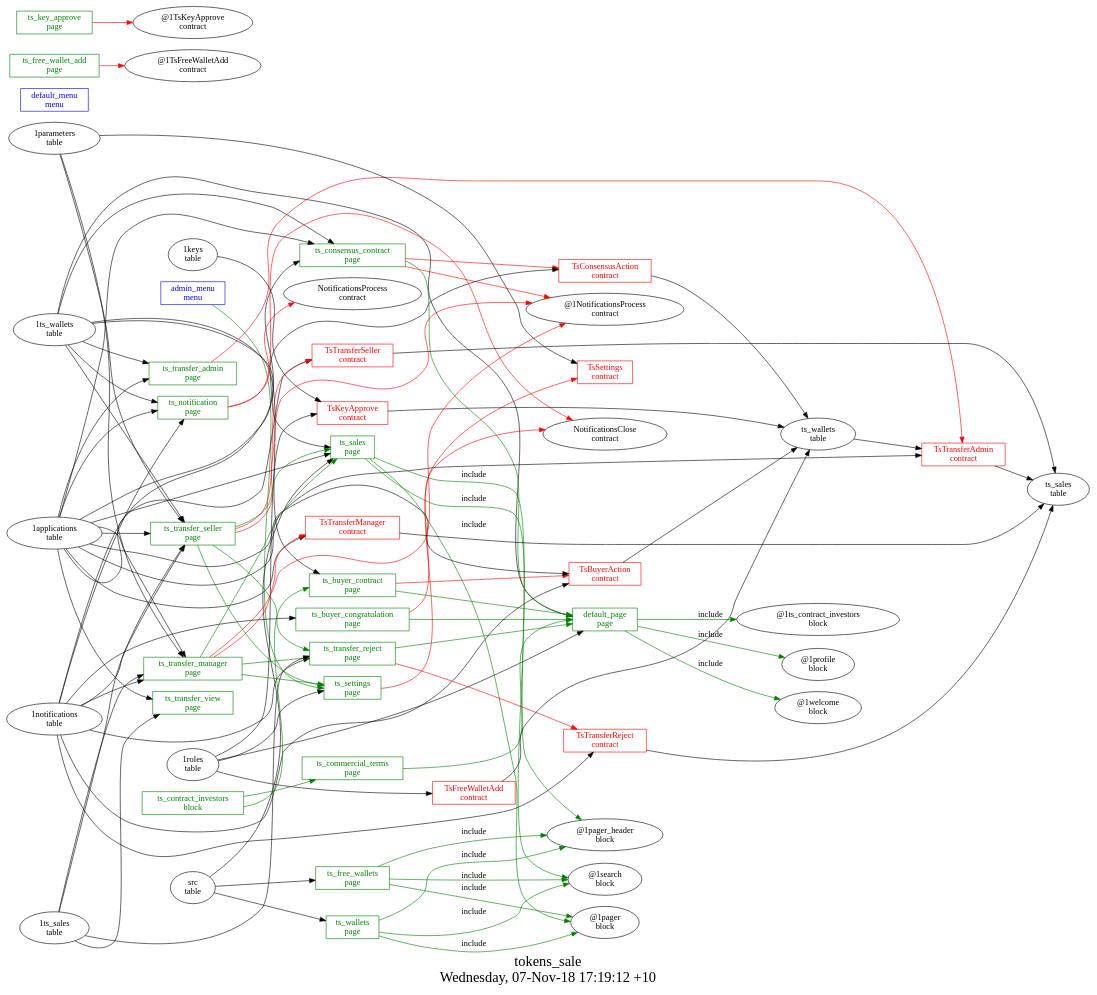
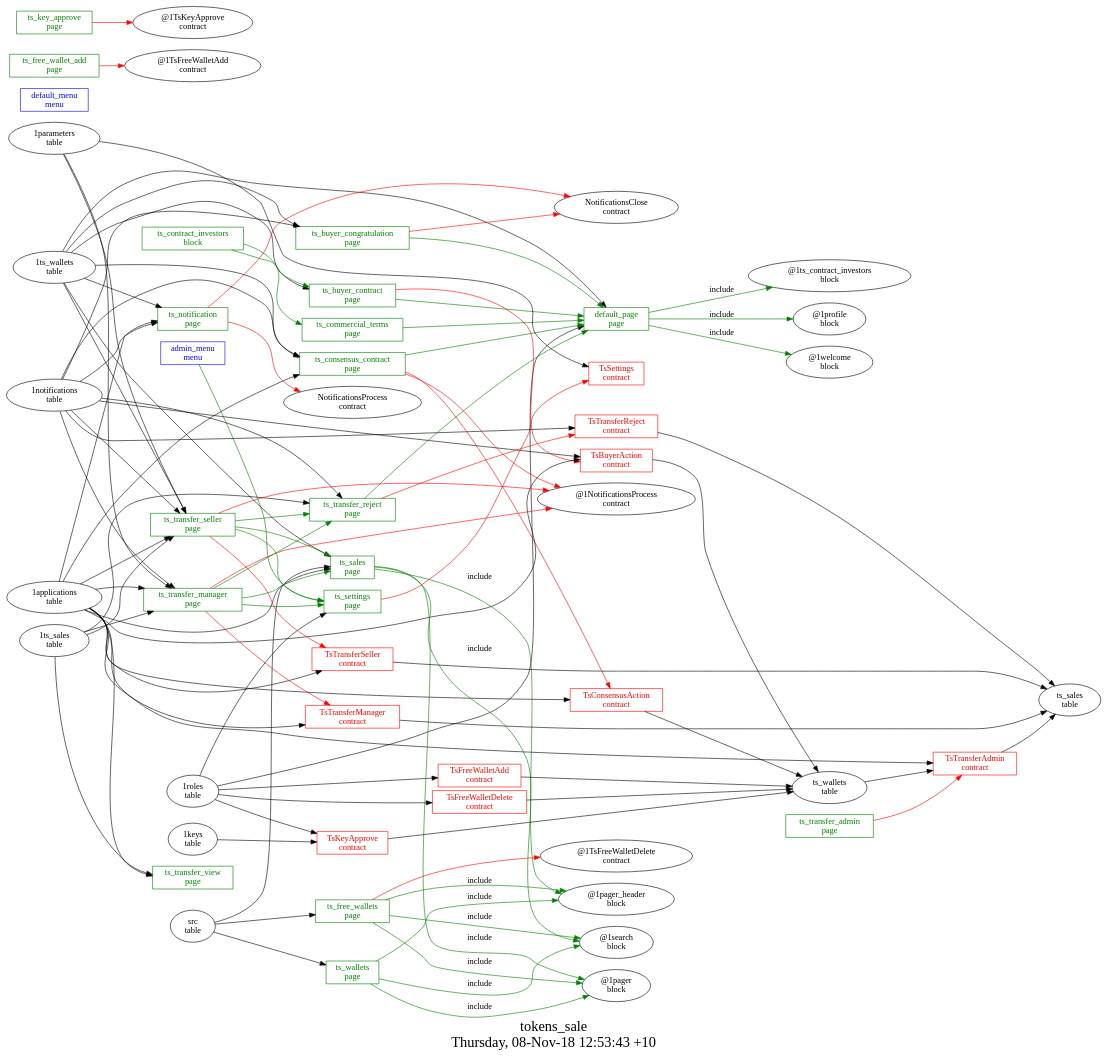
The diagram in other/tokens_sale/struct.dot (AplaProject/apps), drawn with Graphviz before and after one commit. The commit also changed 15 other files, not shown here.

Commit message:
Added new features to tokens_sale

```diff
--- a/other/tokens_sale/struct.dot
+++ b/other/tokens_sale/struct.dot
@@ -1,131 +1,134 @@
 digraph G {
 fontsize="24";
-label="tokens_sale\nWednesday, 07-Nov-18 17:19:12 +10";
+label="tokens_sale\nThursday, 08-Nov-18 12:53:43 +10";
 nojustify=true;
 ordering=out;
 rankdir=LR;
 size="30";
 "admin_menu\nmenu" -> "ts_settings\npage"  [ color=green ]
 "admin_menu\nmenu" [color=blue, fontcolor=blue, group=menus, shape=record];
 "default_menu\nmenu" [color=blue, fontcolor=blue, group=menus, shape=record];
 "1ts_wallets\ntable" -> "default_page\npage"
 "1roles\ntable" -> "default_page\npage"
 "default_page\npage" -> "@1ts_contract_investors\nblock"  [ color=green, label=include ]
 "default_page\npage" -> "@1profile\nblock"  [ color=green, label=include ]
 "default_page\npage" -> "@1welcome\nblock"  [ color=green, label=include ]
 "default_page\npage" [color=green, fontcolor=green, group=pages, shape=record];
 "ts_buyer_congratulation\npage" -> "NotificationsClose\ncontract"  [ color=red ]
+"1ts_wallets\ntable" -> "ts_buyer_congratulation\npage"
 "1notifications\ntable" -> "ts_buyer_congratulation\npage"
 "ts_buyer_congratulation\npage" -> "default_page\npage"  [ color=green ]
 "ts_buyer_congratulation\npage" [color=green, fontcolor=green, group=pages, shape=record];
 "ts_buyer_contract\npage" -> "TsBuyerAction\ncontract"  [ color=red ]
 "1ts_wallets\ntable" -> "ts_buyer_contract\npage"
 "ts_buyer_contract\npage" -> "default_page\npage"  [ color=green ]
 "ts_buyer_contract\npage" [color=green, fontcolor=green, group=pages, shape=record];
 "ts_commercial_terms\npage" -> "default_page\npage"  [ color=green ]
 "ts_commercial_terms\npage" [color=green, fontcolor=green, group=pages, shape=record];
 "ts_consensus_contract\npage" -> "TsConsensusAction\ncontract"  [ color=red ]
 "ts_consensus_contract\npage" -> "@1NotificationsProcess\ncontract"  [ color=red ]
 "1applications\ntable" -> "ts_consensus_contract\npage"
 "1notifications\ntable" -> "ts_consensus_contract\npage"
 "1ts_wallets\ntable" -> "ts_consensus_contract\npage"
 "ts_consensus_contract\npage" -> "default_page\npage"  [ color=green ]
 "ts_consensus_contract\npage" [color=green, fontcolor=green, group=pages, shape=record];
 "ts_free_wallet_add\npage" -> "@1TsFreeWalletAdd\ncontract"  [ color=red ]
 "ts_free_wallet_add\npage" [color=green, fontcolor=green, group=pages, shape=record];
+"ts_free_wallets\npage" -> "@1TsFreeWalletDelete\ncontract"  [ color=red ]
 "src\ntable" -> "ts_free_wallets\npage"
 "ts_free_wallets\npage" -> "@1pager_header\nblock"  [ color=green, label=include ]
 "ts_free_wallets\npage" -> "@1search\nblock"  [ color=green, label=include ]
 "ts_free_wallets\npage" -> "@1pager\nblock"  [ color=green, label=include ]
 "ts_free_wallets\npage" [color=green, fontcolor=green, group=pages, shape=record];
 "ts_key_approve\npage" -> "@1TsKeyApprove\ncontract"  [ color=red ]
 "ts_key_approve\npage" [color=green, fontcolor=green, group=pages, shape=record];
 "ts_notification\npage" -> "NotificationsClose\ncontract"  [ color=red ]
 "ts_notification\npage" -> "NotificationsProcess\ncontract"  [ color=red ]
 "1applications\ntable" -> "ts_notification\npage"
 "1notifications\ntable" -> "ts_notification\npage"
 "1ts_wallets\ntable" -> "ts_notification\npage"
 "ts_notification\npage" [color=green, fontcolor=green, group=pages, shape=record];
 "1applications\ntable" -> "ts_sales\npage"
 "src\ntable" -> "ts_sales\npage"
 "1ts_wallets\ntable" -> "ts_sales\npage"
 "ts_sales\npage" -> "@1pager_header\nblock"  [ color=green, label=include ]
 "ts_sales\npage" -> "@1search\nblock"  [ color=green, label=include ]
 "ts_sales\npage" -> "@1pager\nblock"  [ color=green, label=include ]
 "ts_sales\npage" [color=green, fontcolor=green, group=pages, shape=record];
 "ts_settings\npage" -> "TsSettings\ncontract"  [ color=red ]
 "1roles\ntable" -> "ts_settings\npage"
 "ts_settings\npage" [color=green, fontcolor=green, group=pages, shape=record];
 "ts_transfer_admin\npage" -> "TsTransferAdmin\ncontract"  [ color=red ]
-"1applications\ntable" -> "ts_transfer_admin\npage"
-"1ts_wallets\ntable" -> "ts_transfer_admin\npage"
 "ts_transfer_admin\npage" [color=green, fontcolor=green, group=pages, shape=record];
 "ts_transfer_manager\npage" -> "TsTransferManager\ncontract"  [ color=red ]
 "ts_transfer_manager\npage" -> "@1NotificationsProcess\ncontract"  [ color=red ]
 "1applications\ntable" -> "ts_transfer_manager\npage"
 "1notifications\ntable" -> "ts_transfer_manager\npage"
 "1ts_sales\ntable" -> "ts_transfer_manager\npage"
 "1parameters\ntable" -> "ts_transfer_manager\npage"
 "ts_transfer_manager\npage" -> "ts_transfer_reject\npage"  [ color=green ]
 "ts_transfer_manager\npage" -> "ts_sales\npage"  [ color=green ]
 "ts_transfer_manager\npage" -> "ts_settings\npage"  [ color=green ]
 "ts_transfer_manager\npage" [color=green, fontcolor=green, group=pages, shape=record];
 "ts_transfer_reject\npage" -> "TsTransferReject\ncontract"  [ color=red ]
 "1notifications\ntable" -> "ts_transfer_reject\npage"
 "1ts_sales\ntable" -> "ts_transfer_reject\npage"
 "ts_transfer_reject\npage" -> "default_page\npage"  [ color=green ]
 "ts_transfer_reject\npage" [color=green, fontcolor=green, group=pages, shape=record];
 "ts_transfer_seller\npage" -> "TsTransferSeller\ncontract"  [ color=red ]
 "ts_transfer_seller\npage" -> "@1NotificationsProcess\ncontract"  [ color=red ]
 "1applications\ntable" -> "ts_transfer_seller\npage"
 "1notifications\ntable" -> "ts_transfer_seller\npage"
 "1ts_sales\ntable" -> "ts_transfer_seller\npage"
 "1ts_wallets\ntable" -> "ts_transfer_seller\npage"
 "1parameters\ntable" -> "ts_transfer_seller\npage"
 "ts_transfer_seller\npage" -> "ts_transfer_reject\npage"  [ color=green ]
 "ts_transfer_seller\npage" -> "ts_sales\npage"  [ color=green ]
 "ts_transfer_seller\npage" -> "ts_settings\npage"  [ color=green ]
 "ts_transfer_seller\npage" [color=green, fontcolor=green, group=pages, shape=record];
 "1applications\ntable" -> "ts_transfer_view\npage"
 "1ts_sales\ntable" -> "ts_transfer_view\npage"
 "ts_transfer_view\npage" [color=green, fontcolor=green, group=pages, shape=record];
 "src\ntable" -> "ts_wallets\npage"
 "ts_wallets\npage" -> "@1pager_header\nblock"  [ color=green, label=include ]
 "ts_wallets\npage" -> "@1search\nblock"  [ color=green, label=include ]
 "ts_wallets\npage" -> "@1pager\nblock"  [ color=green, label=include ]
 "ts_wallets\npage" [color=green, fontcolor=green, group=pages, shape=record];
 "ts_contract_investors\nblock" -> "ts_commercial_terms\npage"  [ color=green ]
 "ts_contract_investors\nblock" -> "ts_buyer_contract\npage"  [ color=green ]
 "ts_contract_investors\nblock" [color=green, fontcolor=green, group=blocks, shape=record];
 "TsBuyerAction\ncontract" -> "ts_wallets\ntable"  [ color="" ]
 "1applications\ntable" -> "TsBuyerAction\ncontract"
 "1notifications\ntable" -> "TsBuyerAction\ncontract"
 "TsBuyerAction\ncontract" [color=red, fontcolor=red, group=contracts, shape=record];
 "TsConsensusAction\ncontract" -> "ts_wallets\ntable"  [ color="" ]
 "1applications\ntable" -> "TsConsensusAction\ncontract"
 "TsConsensusAction\ncontract" [color=red, fontcolor=red, group=contracts, shape=record];
 "TsFreeWalletAdd\ncontract" -> "ts_wallets\ntable"  [ color="" ]
 "1roles\ntable" -> "TsFreeWalletAdd\ncontract"
 "TsFreeWalletAdd\ncontract" [color=red, fontcolor=red, group=contracts, shape=record];
+"TsFreeWalletDelete\ncontract" -> "ts_wallets\ntable"  [ color="" ]
+"1roles\ntable" -> "TsFreeWalletDelete\ncontract"
+"TsFreeWalletDelete\ncontract" [color=red, fontcolor=red, group=contracts, shape=record];
 "TsKeyApprove\ncontract" -> "ts_wallets\ntable"  [ color="" ]
 "1keys\ntable" -> "TsKeyApprove\ncontract"
 "1roles\ntable" -> "TsKeyApprove\ncontract"
 "TsKeyApprove\ncontract" [color=red, fontcolor=red, group=contracts, shape=record];
 "1parameters\ntable" -> "TsSettings\ncontract"
 "TsSettings\ncontract" [color=red, fontcolor=red, group=contracts, shape=record];
 "TsTransferAdmin\ncontract" -> "ts_sales\ntable"  [ color="" ]
 "1applications\ntable" -> "TsTransferAdmin\ncontract"
 "ts_wallets\ntable" -> "TsTransferAdmin\ncontract"
 "TsTransferAdmin\ncontract" [color=red, fontcolor=red, group=contracts, shape=record];
 "TsTransferManager\ncontract" -> "ts_sales\ntable"  [ color="" ]
 "1applications\ntable" -> "TsTransferManager\ncontract"
 "TsTransferManager\ncontract" [color=red, fontcolor=red, group=contracts, shape=record];
 "TsTransferReject\ncontract" -> "ts_sales\ntable"  [ color="" ]
 "1notifications\ntable" -> "TsTransferReject\ncontract"
 "TsTransferReject\ncontract" [color=red, fontcolor=red, group=contracts, shape=record];
 "TsTransferSeller\ncontract" -> "ts_sales\ntable"  [ color="" ]
 "1applications\ntable" -> "TsTransferSeller\ncontract"
 "TsTransferSeller\ncontract" [color=red, fontcolor=red, group=contracts, shape=record];
 "ts_sales\ntable" [color="", fontcolor="", group=tables, shape=""];
 "ts_wallets\ntable" [color="", fontcolor="", group=tables, shape=""];
 }
```
